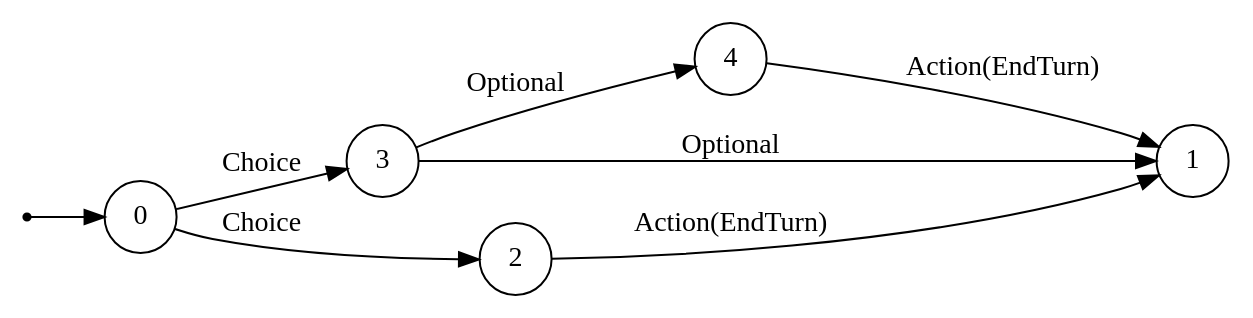
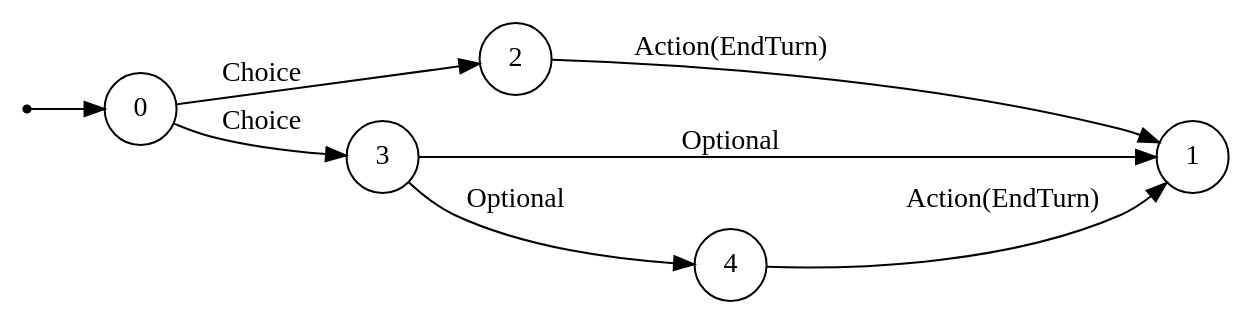
One commit to mentalcardgames/mcg changed the diagram in ir/tests_out/choice_rule.dot. Above: the diagram before and after it, drawn with Graphviz. The commit also changed other lines of this file and 31 other files, not shown here.

```diff
--- a/ir/tests_out/choice_rule.dot
+++ b/ir/tests_out/choice_rule.dot
@@ -1,12 +1,12 @@
 digraph FSM {
   rankdir=LR;
   node [shape = circle];
+  2 -> 1 [label="Action(EndTurn)"];
+  0 -> 2 [label="Choice"];
+  3 -> 1 [label="Optional"];
+  0 -> 3 [label="Choice"];
   3 -> 4 [label="Optional"];
   4 -> 1 [label="Action(EndTurn)"];
-  0 -> 3 [label="Choice"];
-  3 -> 1 [label="Optional"];
-  0 -> 2 [label="Choice"];
-  2 -> 1 [label="Action(EndTurn)"];
   start [shape=point];
   start -> 0;
 }
```
